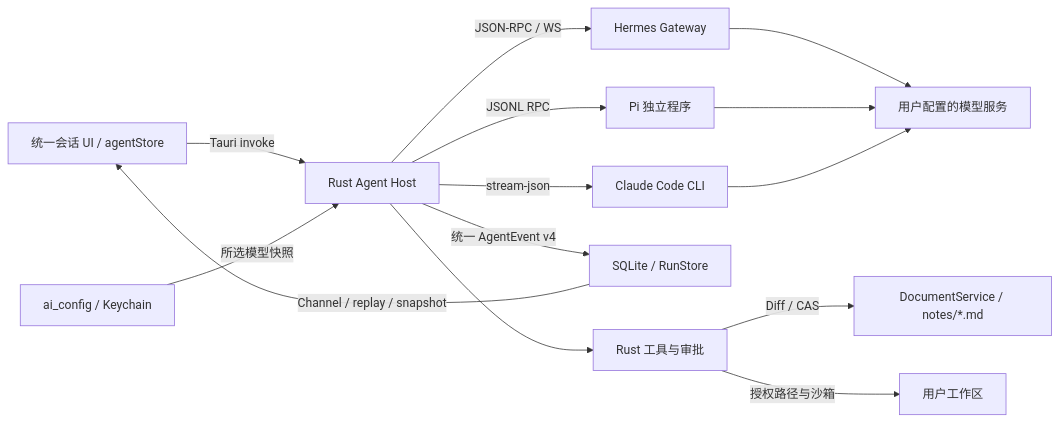
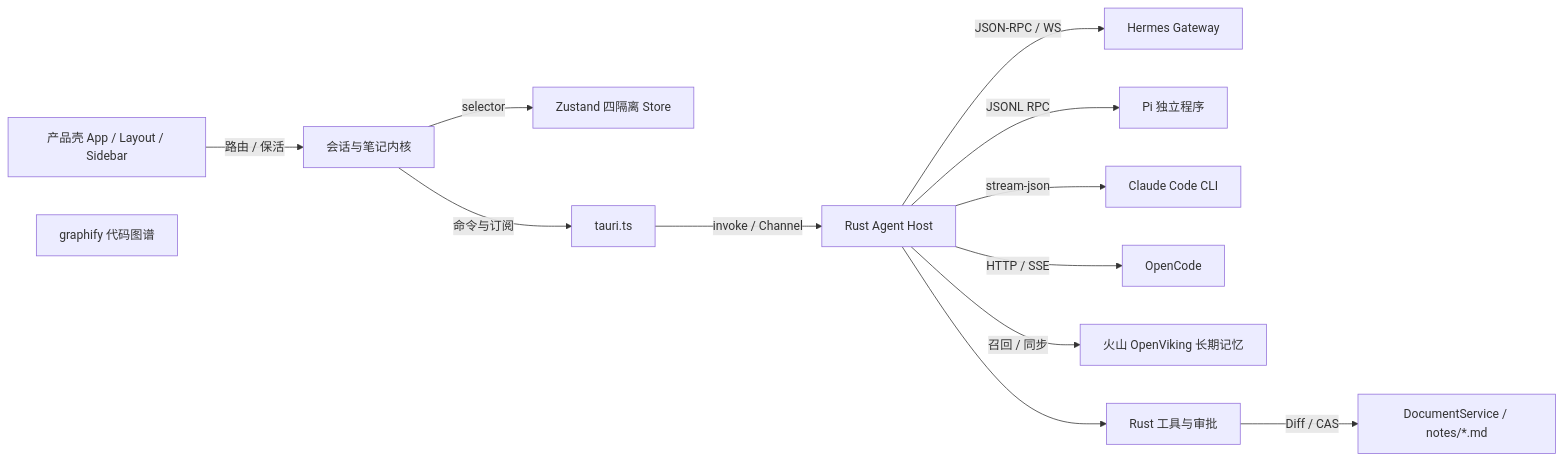
Before and after one commit to MarkingYang/sophonote: the first of 15 diagrams in docs/architecture.md, drawn with Mermaid. The commit also changed other lines of this file and 107 other files, not shown here.

````diff
--- a/docs/architecture.md
+++ b/docs/architecture.md
@@ -124,16 +127,15 @@
 ```mermaid
 flowchart LR
-  UI["统一会话 UI / agentStore"] -->|Tauri invoke| HOST["Rust Agent Host"]
-  CFG["ai_config / Keychain"] -->|所选模型快照| HOST
+  SHELL["产品壳 App / Layout / Sidebar"] -->|路由 / 保活| SURF["会话与笔记内核"]
+  SURF -->|selector| STORES["Zustand 四隔离 Store"]
+  SURF -->|命令与订阅| IPC["tauri.ts"]
+  IPC -->|invoke / Channel| HOST["Rust Agent Host"]
   HOST -->|JSON-RPC / WS| H["Hermes Gateway"]
   HOST -->|JSONL RPC| P["Pi 独立程序"]
   HOST -->|stream-json| C["Claude Code CLI"]
-  H --> LLM["用户配置的模型服务"]
-  P --> LLM
-  C --> LLM
-  HOST -->|统一 AgentEvent v4| STORE["SQLite / RunStore"]
-  STORE -->|Channel / replay / snapshot| UI
+  HOST -->|HTTP / SSE| O["OpenCode"]
+  HOST -->|召回 / 同步| OV["火山 OpenViking 长期记忆"]
   HOST --> POLICY["Rust 工具与审批"]
   POLICY -->|Diff / CAS| DOC["DocumentService / notes/*.md"]
-  POLICY -->|授权路径与沙箱| WS["用户工作区"]
+  GRAPH["graphify 代码图谱"]
 ```
````
